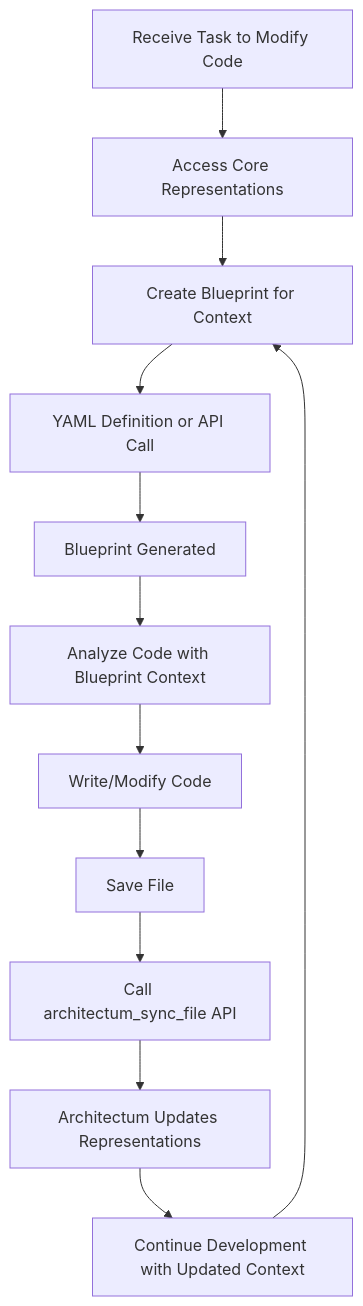
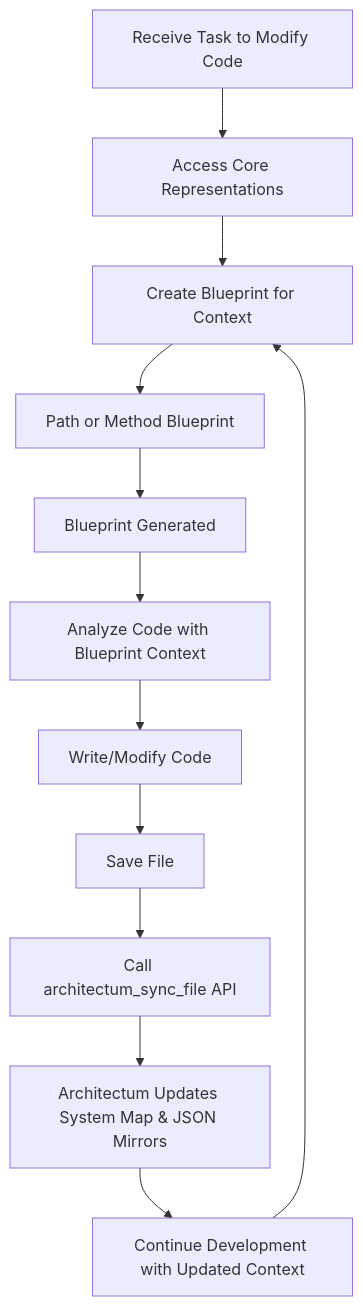
The third of 3 diagrams in docs/architecture.md (flyingwolf1701/architectum_new), drawn with Mermaid before and after one commit. The commit also changed other lines of this file and 3 other files, not shown here.

````diff
--- a/docs/architecture.md
+++ b/docs/architecture.md
@@ -531,14 +492,14 @@
 ```mermaid
 graph TD
     A[Receive Task to Modify Code] --> B[Access Core Representations]
     B --> C[Create Blueprint for Context]
-    C --> D[YAML Definition or API Call]
+    C --> D[Path or Method Blueprint]
     D --> E[Blueprint Generated]
     E --> F[Analyze Code with Blueprint Context]
     F --> G[Write/Modify Code]
     G --> H[Save File]
     H --> I[Call architectum_sync_file API]
-    I --> J[Architectum Updates Representations]
+    I --> J[Architectum Updates System Map & JSON Mirrors]
     J --> K[Continue Development with Updated Context]
     K --> C
 ```
````
